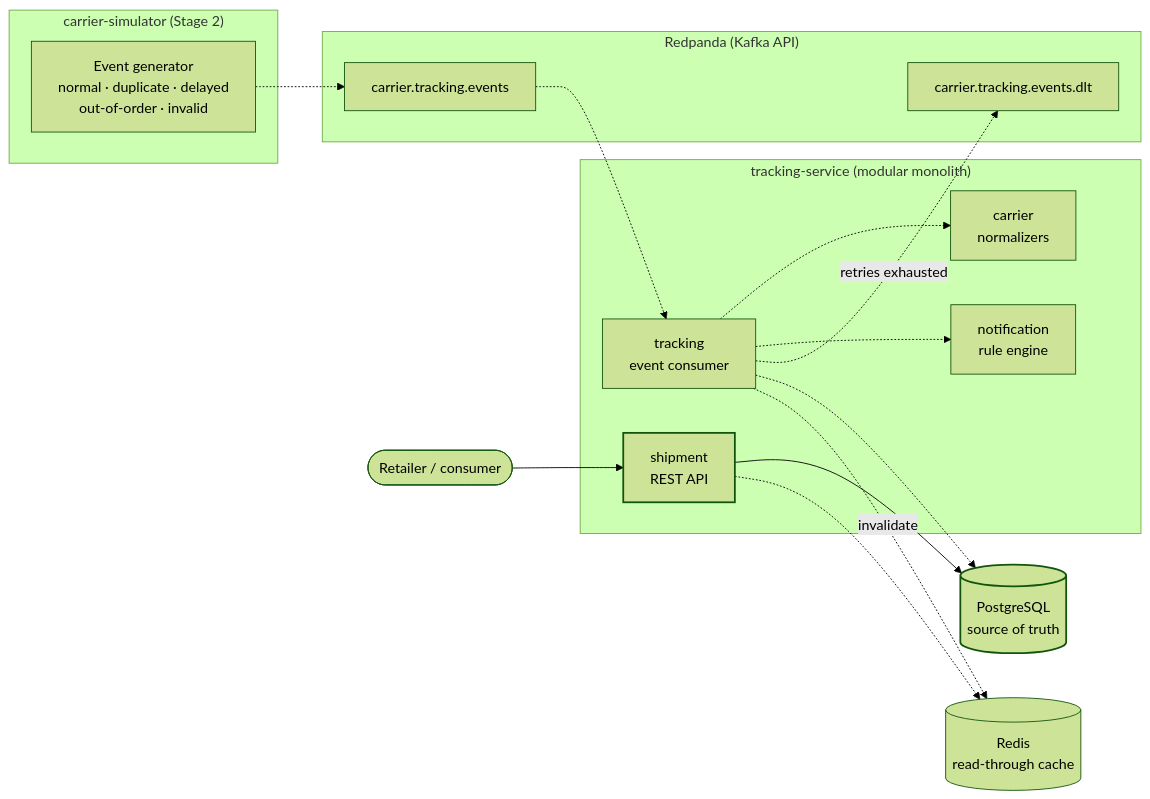
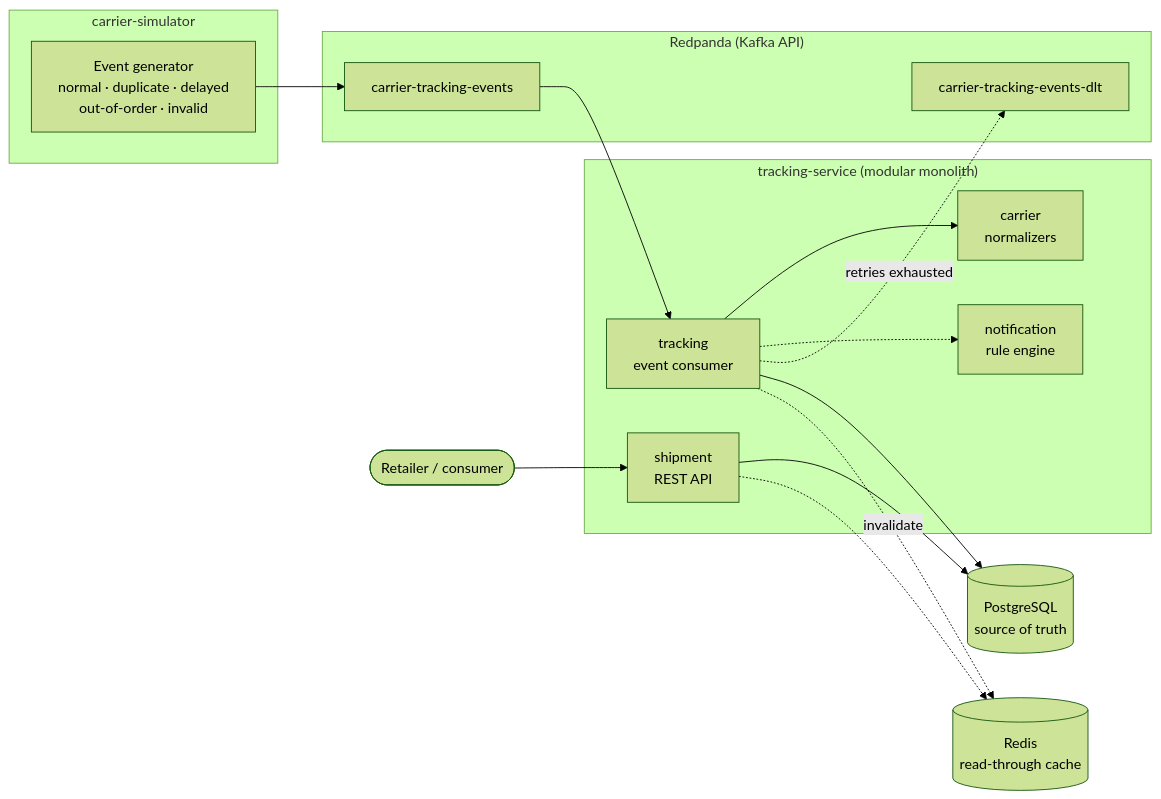
One commit to VitaliyJvM/parcel-flow changed the diagram in README.md. Above: the diagram before and after it, drawn with Mermaid (forest theme). The commit also changed other lines of this file and 51 other files, not shown here.

Commit message:
Add Kafka carrier event processing and simulator

````diff
--- a/README.md
+++ b/README.md
@@ -36,36 +37,33 @@
 ```mermaid
 flowchart LR
-    subgraph sim["carrier-simulator (Stage 2)"]
+    subgraph sim["carrier-simulator"]
         GEN["Event generator<br/>normal · duplicate · delayed<br/>out-of-order · invalid"]
     end
 
     subgraph broker["Redpanda (Kafka API)"]
-        T["carrier.tracking.events"]
-        DLQ["carrier.tracking.events.dlt"]
+        T["carrier-tracking-events"]
+        DLQ["carrier-tracking-events-dlt"]
     end
 
     subgraph svc["tracking-service (modular monolith)"]
         API["shipment<br/>REST API"]
         CONS["tracking<br/>event consumer"]
         NORM["carrier<br/>normalizers"]
         NOTIF["notification<br/>rule engine"]
     end
 
     PG[("PostgreSQL<br/>source of truth")]
     RD[("Redis<br/>read-through cache")]
 
-    GEN -.-> T
-    T -.-> CONS
-    CONS -.-> NORM
+    GEN --> T
+    T --> CONS
+    CONS --> NORM
     CONS -.-> NOTIF
     CONS -.->|"retries exhausted"| DLQ
-    CONS -.-> PG
+    CONS --> PG
     CONS -.->|invalidate| RD
 
     Client(["Retailer / consumer"]) --> API
     API --> PG
     API -.-> RD
-
-    classDef done stroke-width:2px
-    class API,PG done
 ```
````
